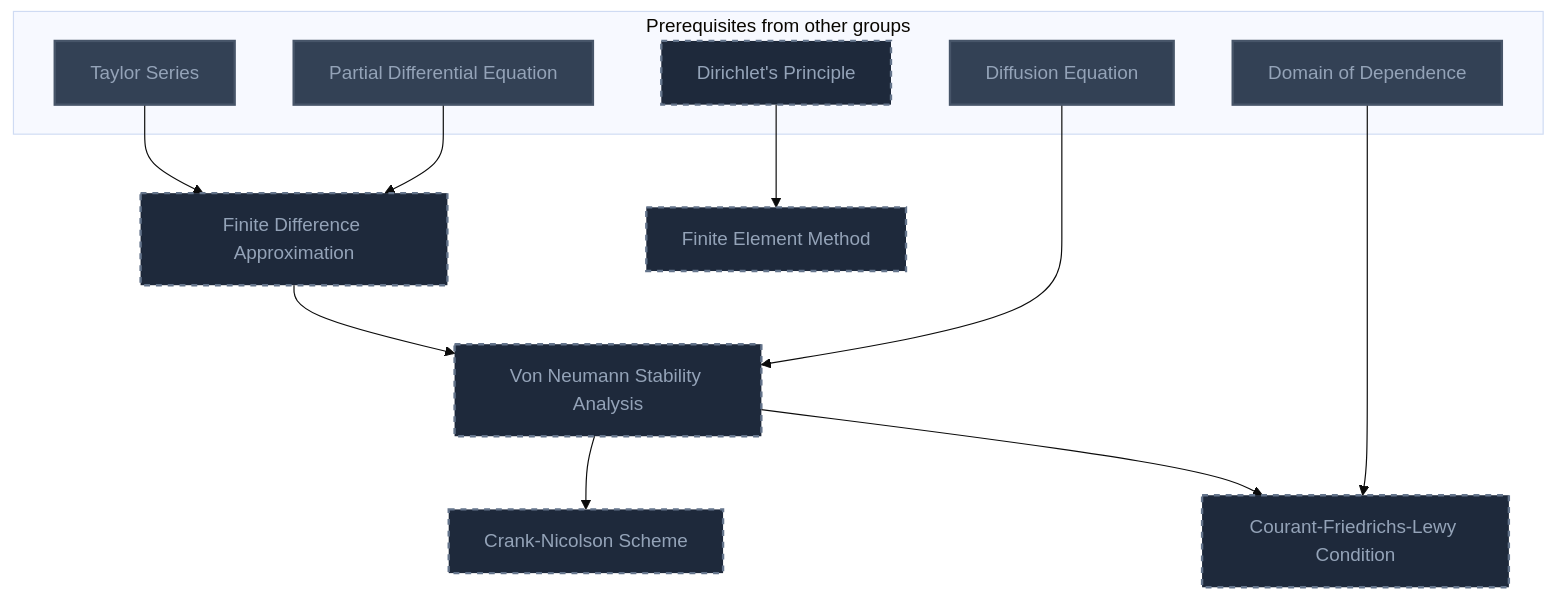
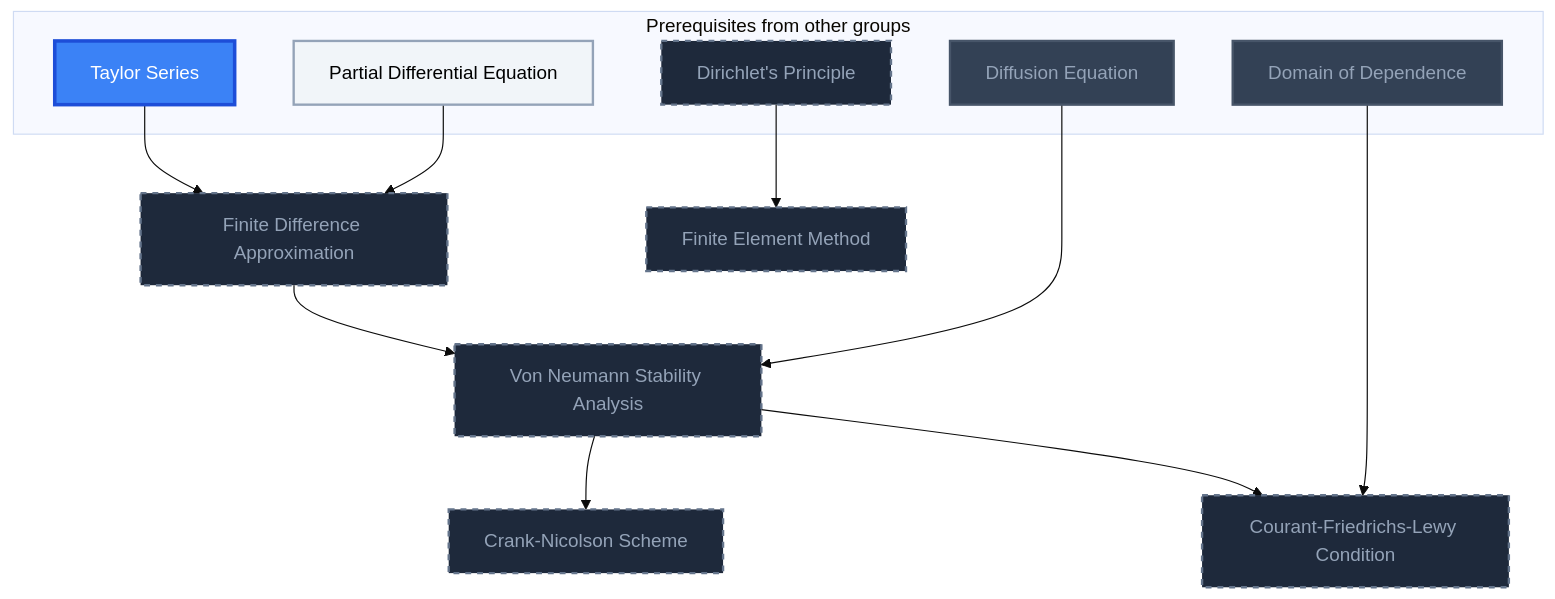
One commit to MRauf1/My-Notes changed the eighth of 25 diagrams in Gamification/Skill Trees/Partial Differential Equations.md. Above: the diagram before and after it, drawn with Mermaid (base theme). The commit also changed other lines of this file and 145 other files, not shown here.

````diff
--- a/Gamification/Skill Trees/Partial Differential Equations.md
+++ b/Gamification/Skill Trees/Partial Differential Equations.md
@@ -612,35 +625,37 @@
 ```mermaid
 flowchart TD
     classDef planned fill:#1E293B,stroke:#64748B,stroke-width:2px,stroke-dasharray:5 5,color:#94A3B8;
     classDef locked fill:#334155,stroke:#475569,stroke-width:2px,color:#94A3B8;
     classDef L0 fill:#F1F5F9,stroke:#94A3B8,stroke-width:2px,color:#000000;
     classDef L1 fill:#22C55E,stroke:#15803D,stroke-width:2px,color:#000000;
     classDef L2 fill:#3B82F6,stroke:#1D4ED8,stroke-width:3px,color:#FFFFFF;
     classDef L3 fill:#A855F7,stroke:#6B21A8,stroke-width:3px,color:#FFFFFF,font-weight:bold;
     classDef L4 fill:#F97316,stroke:#C2410C,stroke-width:4px,color:#000000,font-weight:bold;
     classDef L5 fill:#FFD700,stroke:#FF8C00,stroke-width:5px,color:#000000,font-weight:bold;
     classDef rusty stroke:#8B4513,stroke-width:4px,stroke-dasharray:3 3;
     subgraph sg_prereqs["Prerequisites from other groups"]
         n_taylor_series["Taylor Series"]
         n_partial_differential_equation["Partial Differential Equation"]
         n_diffusion_equation["Diffusion Equation"]
         n_domain_of_dependence["Domain of Dependence"]
         n_dirichlet_s_principle["Dirichlet's Principle"]
     end
     n_finite_difference_approximation["Finite Difference Approximation"]
     n_von_neumann_stability_analysis["Von Neumann Stability Analysis"]
     n_crank_nicolson_scheme["Crank-Nicolson Scheme"]
     n_courant_friedrichs_lewy_condition["Courant-Friedrichs-Lewy Condition"]
     n_finite_element_method["Finite Element Method"]
     n_taylor_series --> n_finite_difference_approximation
     n_partial_differential_equation --> n_finite_difference_approximation
     n_finite_difference_approximation --> n_von_neumann_stability_analysis
     n_diffusion_equation --> n_von_neumann_stability_analysis
     n_von_neumann_stability_analysis --> n_crank_nicolson_scheme
     n_von_neumann_stability_analysis --> n_courant_friedrichs_lewy_condition
     n_domain_of_dependence --> n_courant_friedrichs_lewy_condition
     n_dirichlet_s_principle --> n_finite_element_method
     class n_dirichlet_s_principle,n_finite_difference_approximation,n_von_neumann_stability_analysis,n_crank_nicolson_scheme,n_courant_friedrichs_lewy_condition,n_finite_element_method planned;
-    class n_taylor_series,n_partial_differential_equation,n_diffusion_equation,n_domain_of_dependence locked;
+    class n_diffusion_equation,n_domain_of_dependence locked;
+    class n_partial_differential_equation L0;
+    class n_taylor_series L2;
     class n_taylor_series,n_partial_differential_equation,n_diffusion_equation,n_domain_of_dependence internal-link;
 ```
````
